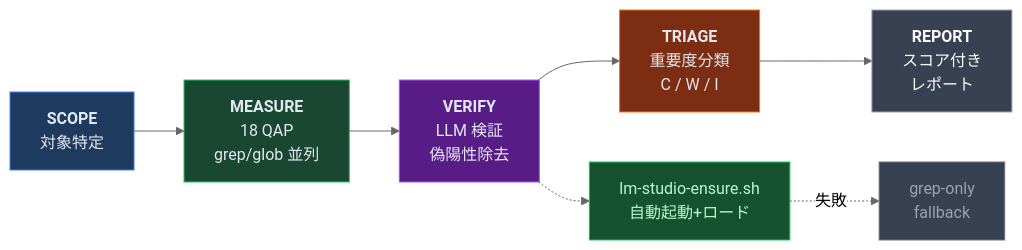
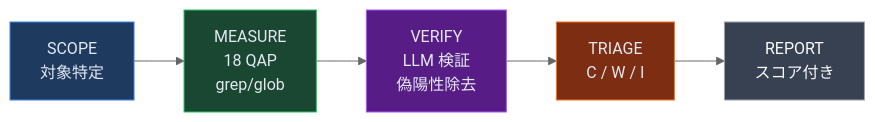
Before and after one commit to ohyesiamy/web-anomaly-detector: the third of 5 diagrams in README.md, drawn with Mermaid (neutral theme). The commit also changed other lines of this file, not shown here.

````diff
--- a/README.md
+++ b/README.md
@@ -570,18 +113,13 @@
 ```mermaid
 graph LR
-    S["<b>SCOPE</b>\n対象特定"] --> M["<b>MEASURE</b>\n18 QAP\ngrep/glob 並列"]
-    M --> V["<b>VERIFY</b>\nLLM 検証\n偽陽性除去"]
-    V --> T["<b>TRIAGE</b>\n重要度分類\nC / W / I"]
-    T --> R["<b>REPORT</b>\nスコア付き\nレポート"]
-
-    V -.-> E["lm-studio-ensure.sh\n自動起動+ロード"]
-    E -.->|失敗| FB["grep-only\nfallback"]
+    S["SCOPE\n対象特定"] --> M["MEASURE\n18 QAP\ngrep/glob"]
+    M --> V["VERIFY\nLLM 検証\n偽陽性除去"]
+    V --> T["TRIAGE\nC / W / I"]
+    T --> R["REPORT\nスコア付き"]
 
     style S fill:#1e3a5f,stroke:#3b82f6,color:#e2e8f0
     style M fill:#1a4731,stroke:#22c55e,color:#e2e8f0
     style V fill:#581c87,stroke:#a855f7,color:#e2e8f0
     style T fill:#7c2d12,stroke:#f97316,color:#e2e8f0
     style R fill:#374151,stroke:#9ca3af,color:#f9fafb
-    style E fill:#14532d,stroke:#22c55e,color:#bbf7d0
-    style FB fill:#374151,stroke:#6b7280,color:#9ca3af
 ```
````
